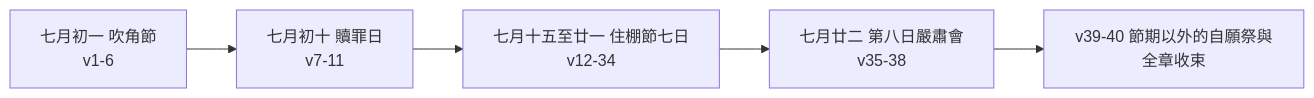
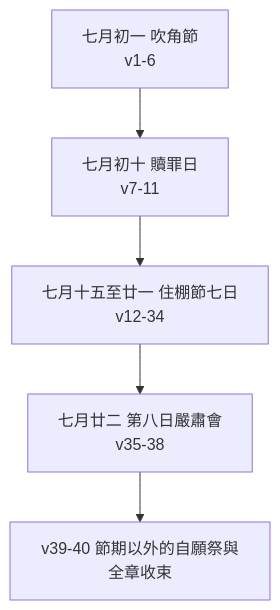
The diagram in 04 民數記/第29章.md (andyjr5566/Bible_wiki_zh), drawn with Mermaid before and after one commit. The commit also changed 72 other files, not shown here.

````diff
--- a/04 民數記/第29章.md
+++ b/04 民數記/第29章.md
@@ -127,7 +127,7 @@
 ```mermaid
-flowchart LR
+flowchart TD
     A["七月初一 吹角節<br/>v1-6"] --> B["七月初十 贖罪日<br/>v7-11"]
     B --> C["七月十五至廿一 住棚節七日<br/>v12-34"]
     C --> D["七月廿二 第八日嚴肅會<br/>v35-38"]
     D --> E["v39-40 節期以外的自願祭與全章收束"]
 ```
````
